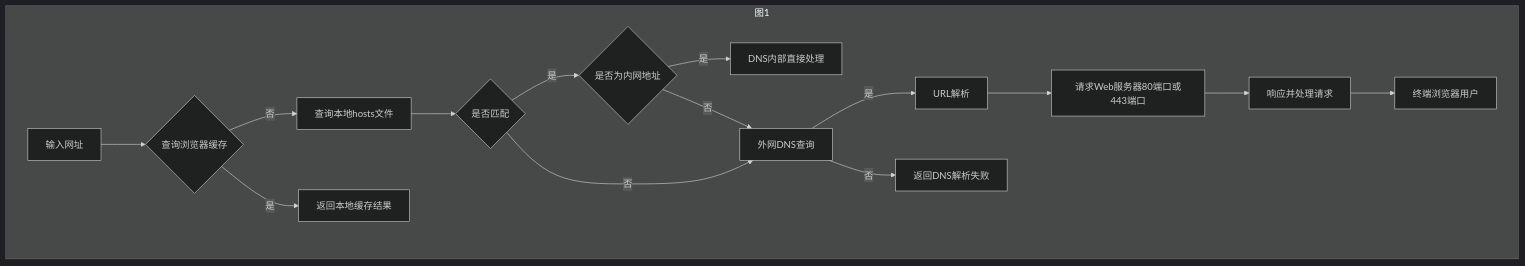
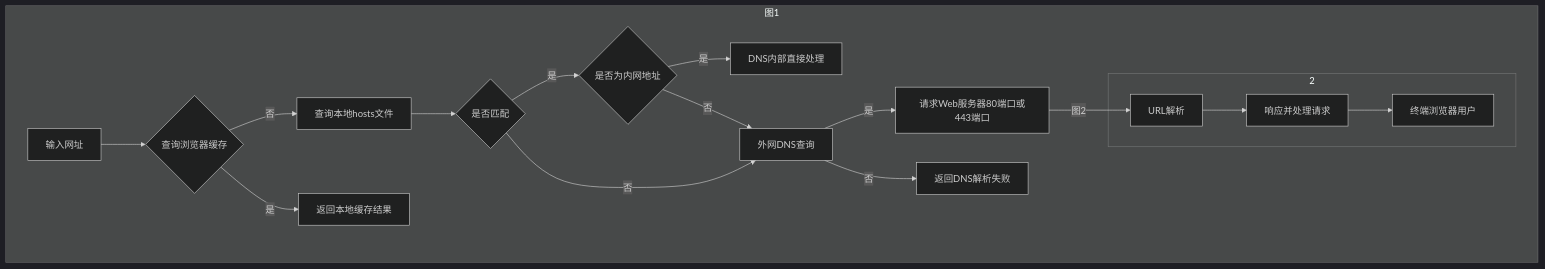
One commit to yuanketang/gostudy changed the diagram in advance/chapter1/README.md. Above: the diagram before and after it, drawn with Mermaid (dark theme). The commit also changed other lines of this file, not shown here.

Commit message:
更新文档

````diff
--- a/advance/chapter1/README.md
+++ b/advance/chapter1/README.md
@@ -10,20 +10,23 @@
 ```mermaid
  flowchart TD
 
     subgraph 图1
 
     A[输入网址] --> Y{查询浏览器缓存};
     Y -- 否 --> B[查询本地hosts文件];
     Y -- 是 --> X[返回本地缓存结果];
     B --> C{是否匹配};
     C -- 是 --> D{是否为内网地址};
     D -- 是 --> E[DNS内部直接处理];
     D -- 否 --> F[外网DNS查询];
     C -- 否 --> F
-    F -- 是 --> H[URL解析];
+    F -- 是 --> H[请求Web服务器80端口或443端口];
     F -- 否 --> Z[返回DNS解析失败];
-    H --> J[请求Web服务器80端口或443端口] --> I[响应并处理请求]
+    H -- 图2 --> J[URL解析]
+    subgraph 2    
+    J --> I[响应并处理请求]
     I --> K[终端浏览器用户]
+    end
     end
     
 ```
````
